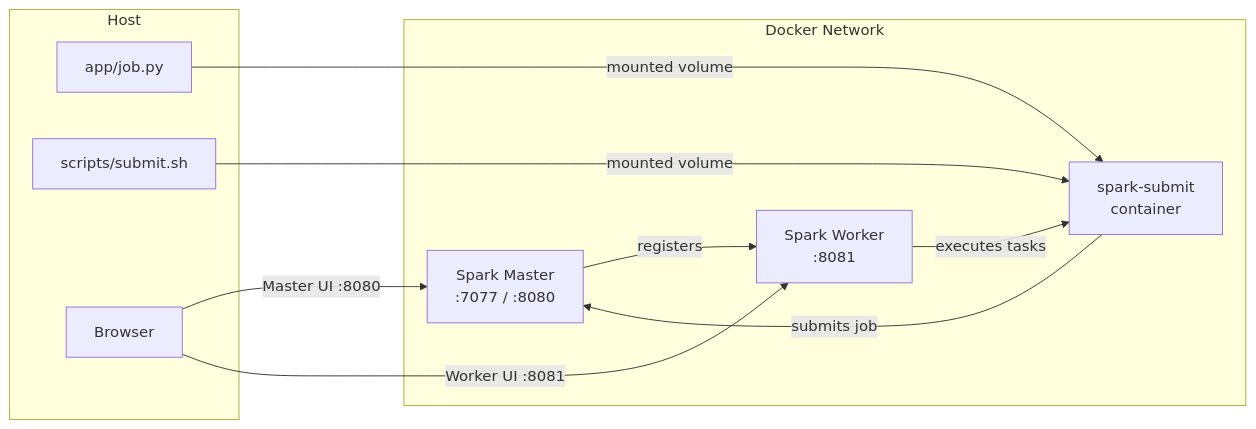
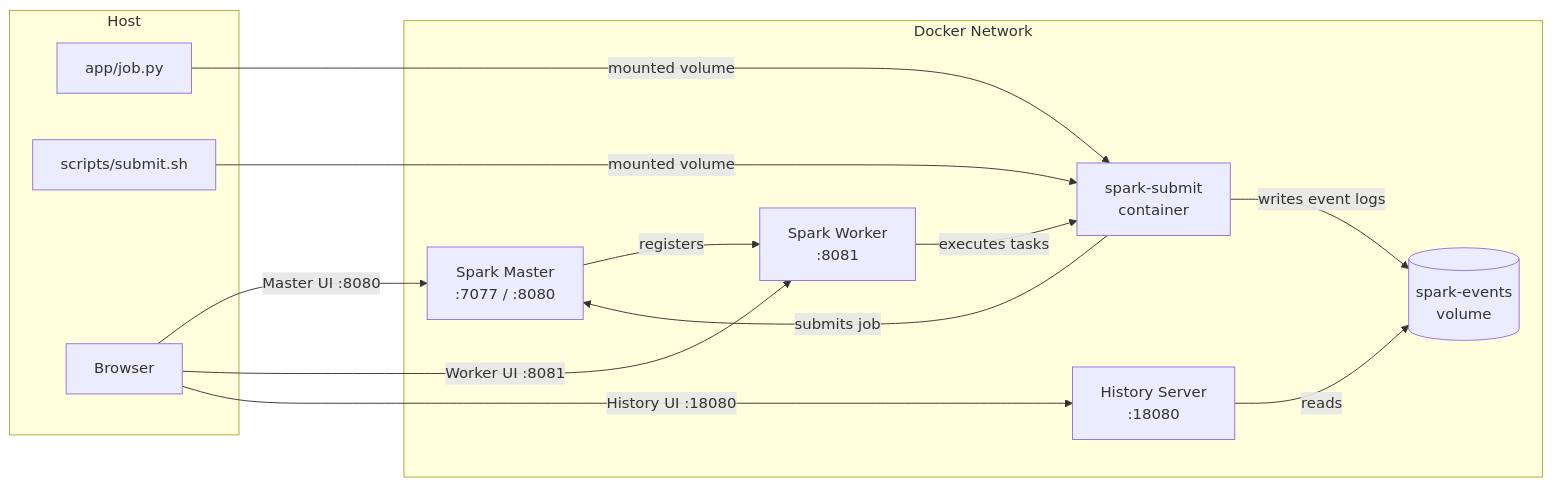
Before and after one commit to ivarkesav/pyspark-sample-project: the first of 5 diagrams in README.md, drawn with Mermaid. The commit also changed other lines of this file and 2 other files, not shown here.

First line of the commit message:
Add spark-history server to docs and enable event logging

````diff
--- a/README.md
+++ b/README.md
@@ -7,15 +7,18 @@
 ```mermaid
 graph LR
     subgraph Docker Network
         M[Spark Master<br/>:7077 / :8080] -->|registers| W[Spark Worker<br/>:8081]
         S[spark-submit<br/>container] -->|submits job| M
         W -->|executes tasks| S
+        H[History Server<br/>:18080] -->|reads| EV[(spark-events<br/>volume)]
+        S -->|writes event logs| EV
     end
 
     subgraph Host
         A[app/job.py] -->|mounted volume| S
         SC[scripts/submit.sh] -->|mounted volume| S
         B[Browser] -->|Master UI :8080| M
         B -->|Worker UI :8081| W
+        B -->|History UI :18080| H
     end
 ```
````
